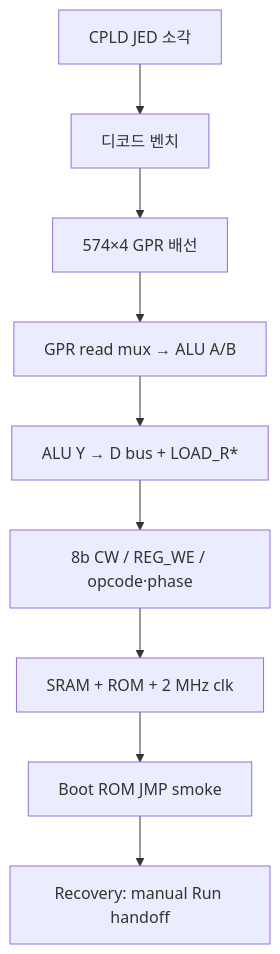
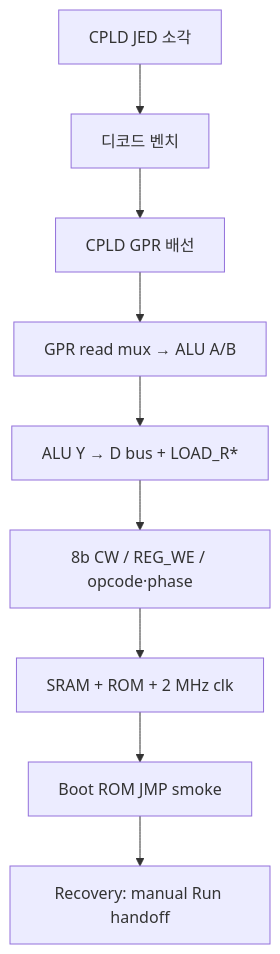
The diagram in docs/hw-bringup-cpld-programming.md (Flkalas/plover), drawn with Mermaid before and after one commit. The commit also changed other lines of this file and 9 other files, not shown here.

````diff
--- a/docs/hw-bringup-cpld-programming.md
+++ b/docs/hw-bringup-cpld-programming.md
@@ -142,11 +142,11 @@
 ```mermaid
 flowchart TD
   A[CPLD JED 소각] --> B[디코드 벤치]
-  B --> C[574×4 GPR 배선]
+  B --> C[CPLD GPR 배선]
   C --> D[GPR read mux → ALU A/B]
   D --> E[ALU Y → D bus + LOAD_R*]
   E --> F[8b CW / REG_WE / opcode·phase]
   F --> G[SRAM + ROM + 2 MHz clk]
   G --> H[Boot ROM JMP smoke]
   H --> I[Recovery: manual Run handoff]
 ```
````
